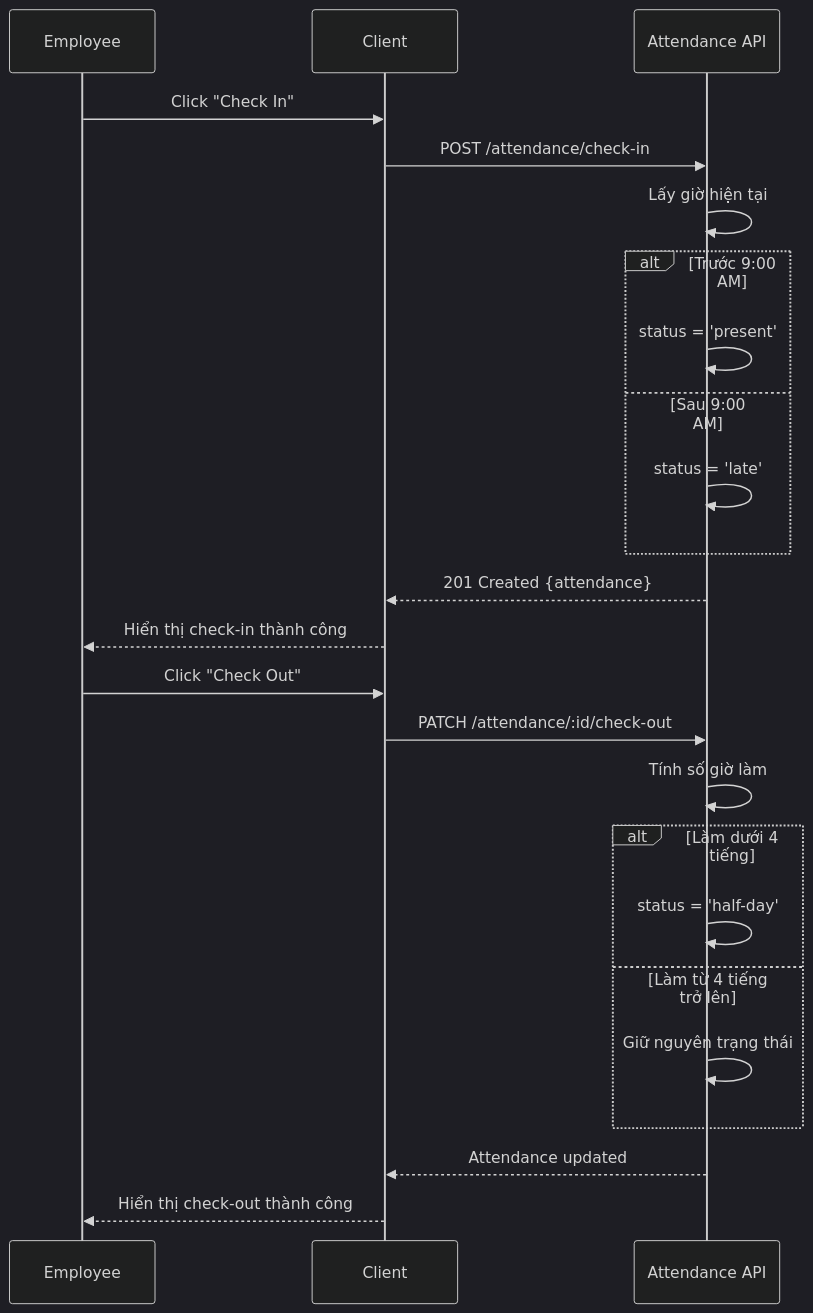
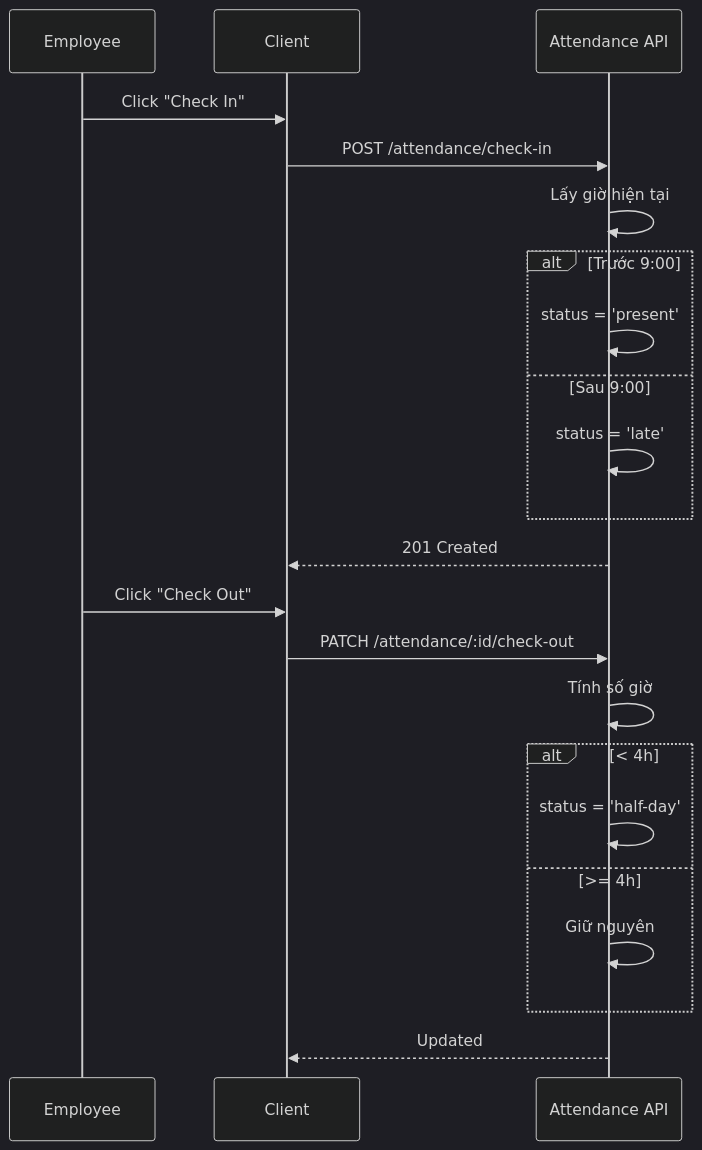
One commit to nghiaxh/hr-management changed the sixth of 8 diagrams in docs/SRS.md. Above: the diagram before and after it, drawn with Mermaid (dark theme). The commit also changed other lines of this file and 8 other files, not shown here.

````diff
--- a/docs/SRS.md
+++ b/docs/SRS.md
@@ -720,28 +870,24 @@
 ```mermaid
 sequenceDiagram
-    participant E as Employee
-    participant UI as Client
-    participant API as Attendance API
-
-    E->>UI: Click "Check In"
-    UI->>API: POST /attendance/check-in
-    API->>API: Lấy giờ hiện tại
-    alt Trước 9:00 AM
-        API->>API: status = 'present'
-    else Sau 9:00 AM
-        API->>API: status = 'late'
+    participant EE as Employee
+    participant UIX as Client
+    participant APIX as Attendance API
+    EE->>UIX: Click "Check In"
+    UIX->>APIX: POST /attendance/check-in
+    APIX->>APIX: Lấy giờ hiện tại
+    alt Trước 9:00
+        APIX->>APIX: status = 'present'
+    else Sau 9:00
+        APIX->>APIX: status = 'late'
     end
-    API-->>UI: 201 Created {attendance}
-    UI-->>E: Hiển thị check-in thành công
-
-    E->>UI: Click "Check Out"
-    UI->>API: PATCH /attendance/:id/check-out
-    API->>API: Tính số giờ làm
-    alt Làm dưới 4 tiếng
-        API->>API: status = 'half-day'
-    else Làm từ 4 tiếng trở lên
-        API->>API: Giữ nguyên trạng thái
+    APIX-->>UIX: 201 Created
+    EE->>UIX: Click "Check Out"
+    UIX->>APIX: PATCH /attendance/:id/check-out
+    APIX->>APIX: Tính số giờ
+    alt < 4h
+        APIX->>APIX: status = 'half-day'
+    else >= 4h
+        APIX->>APIX: Giữ nguyên
     end
-    API-->>UI: Attendance updated
-    UI-->>E: Hiển thị check-out thành công
+    APIX-->>UIX: Updated
 ```
````
